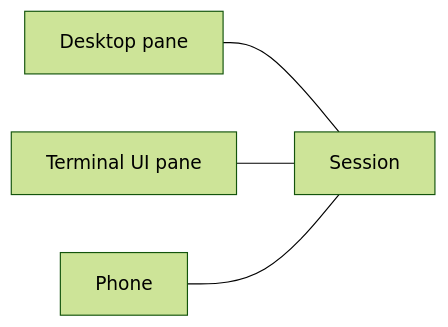
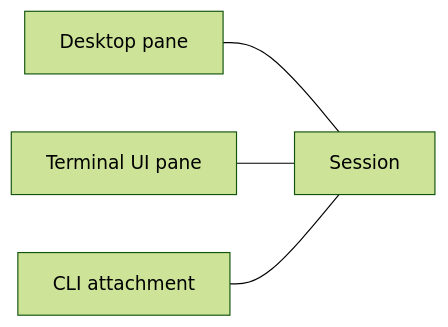
One commit to teomurgi/murvix changed the first of 3 diagrams in docs/product/server-model.md. Above: the diagram before and after it, drawn with Mermaid (forest theme). The commit also changed other lines of this file and 43 other files, not shown here.

````diff
--- a/docs/product/server-model.md
+++ b/docs/product/server-model.md
@@ -25,6 +27,6 @@
 ```mermaid
 flowchart LR
     DESKTOP["Desktop pane"] --- SESSION["Session"]
     TUI["Terminal UI pane"] --- SESSION
-    PHONE["Phone"] --- SESSION
+    CLI["CLI attachment"] --- SESSION
 ```
````
